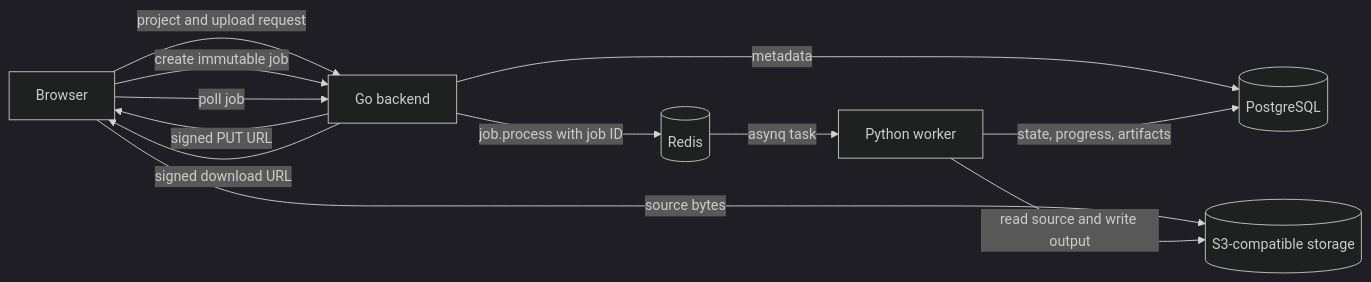
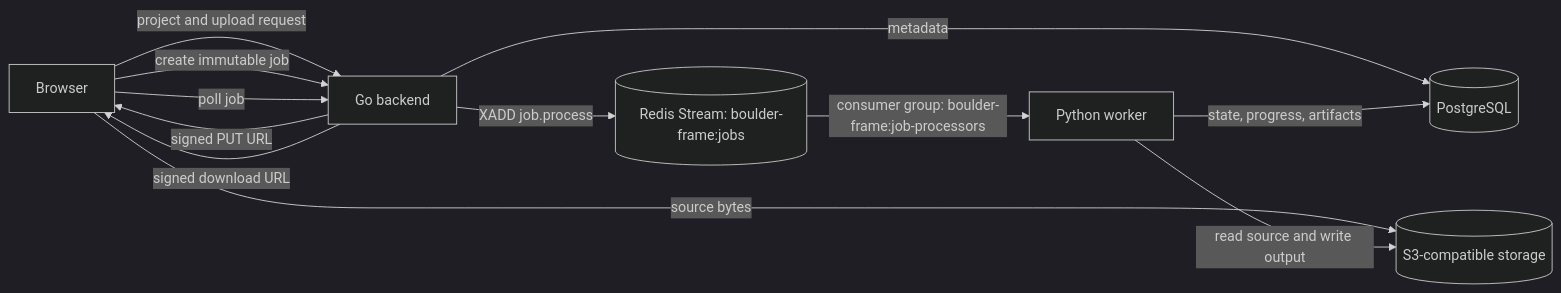
One commit to o0O96O0o/boulder-frame changed the diagram in docs/specs/README.md. Above: the diagram before and after it, drawn with Mermaid (dark theme). The commit also changed other lines of this file and 45 other files, not shown here.

Commit message:
ref: native redis task queue

````diff
--- a/docs/specs/README.md
+++ b/docs/specs/README.md
@@ -24,14 +24,14 @@
 ```mermaid
 flowchart LR
     B[Browser] -->|project and upload request| API[Go backend]
     API -->|metadata| PG[(PostgreSQL)]
     API -->|signed PUT URL| B
     B -->|source bytes| S3[(S3-compatible storage)]
     B -->|create immutable job| API
-    API -->|job.process with job ID| R[(Redis)]
-    R -->|asynq task| W[Python worker]
+    API -->|XADD job.process| R[(Redis Stream: boulder-frame:jobs)]
+    R -->|consumer group: boulder-frame:job-processors| W[Python worker]
     W -->|read source and write output| S3
     W -->|state, progress, artifacts| PG
     B -->|poll job| API
     API -->|signed download URL| B
 ```
````
